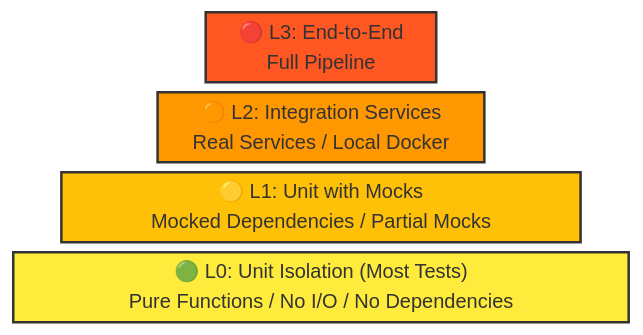
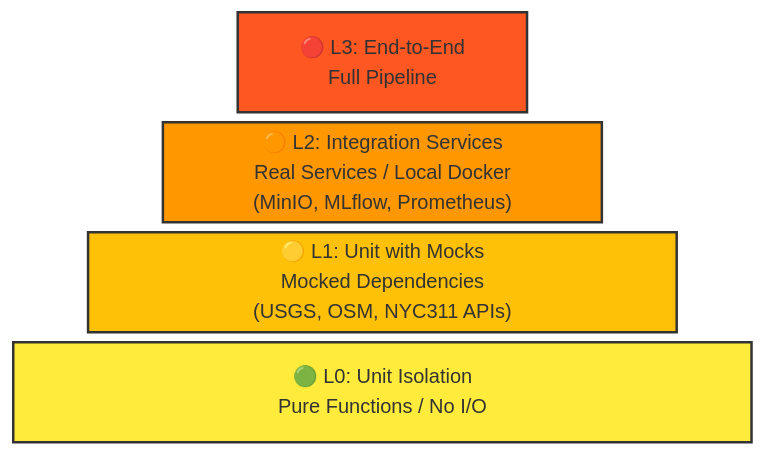
The seventh of 7 diagrams in README.md (matiasmagni/geo-ai-medallion-architecture-pipeline), drawn with Mermaid before and after one commit. The commit also changed other lines of this file, not shown here.

First line of the commit message:
Update README with all 8 data sources, 5 ML models, 102 tests, troubleshooting

````diff
--- a/README.md
+++ b/README.md
@@ -365,14 +508,14 @@
 ```mermaid
 block-beta
-columns 13 
+columns 30
 
-space:4 L3["🔴 L3: End-to-End<br/>Full Pipeline"]:5 space:4
-space:3 L2["🟠 L2: Integration Services<br/>Real Services / Local Docker"]:7 space:3
-space:1 L1["🟡 L1: Unit with Mocks<br/>Mocked Dependencies / Partial Mocks"]:11 space:1
-L0["🟢 L0: Unit Isolation (Most Tests)<br/>Pure Functions / No I/O / No Dependencies"]:13
+space:9 L3["🔴 L3: End-to-End<br/>Full Pipeline"]:12 space:9
+space:6 L2["🟠 L2: Integration Services<br/>Real Services / Local Docker<br/>(MinIO, MLflow, Prometheus)"]:18 space:6
+space:3 L1["🟡 L1: Unit with Mocks<br/>Mocked Dependencies<br/>(USGS, OSM, NYC311 APIs)"]:24 space:3
+L0["🟢 L0: Unit Isolation<br/>Pure Functions / No I/O"]:30
 
 style L3 fill:#ff5722,color:#fff,stroke:#333,stroke-width:2px
 style L2 fill:#ff9800,color:#fff,stroke:#333,stroke-width:2px
 style L1 fill:#ffc107,color:#000,stroke:#333,stroke-width:2px
 style L0 fill:#ffeb3b,color:#000,stroke:#333,stroke-width:2px
 ```
````
